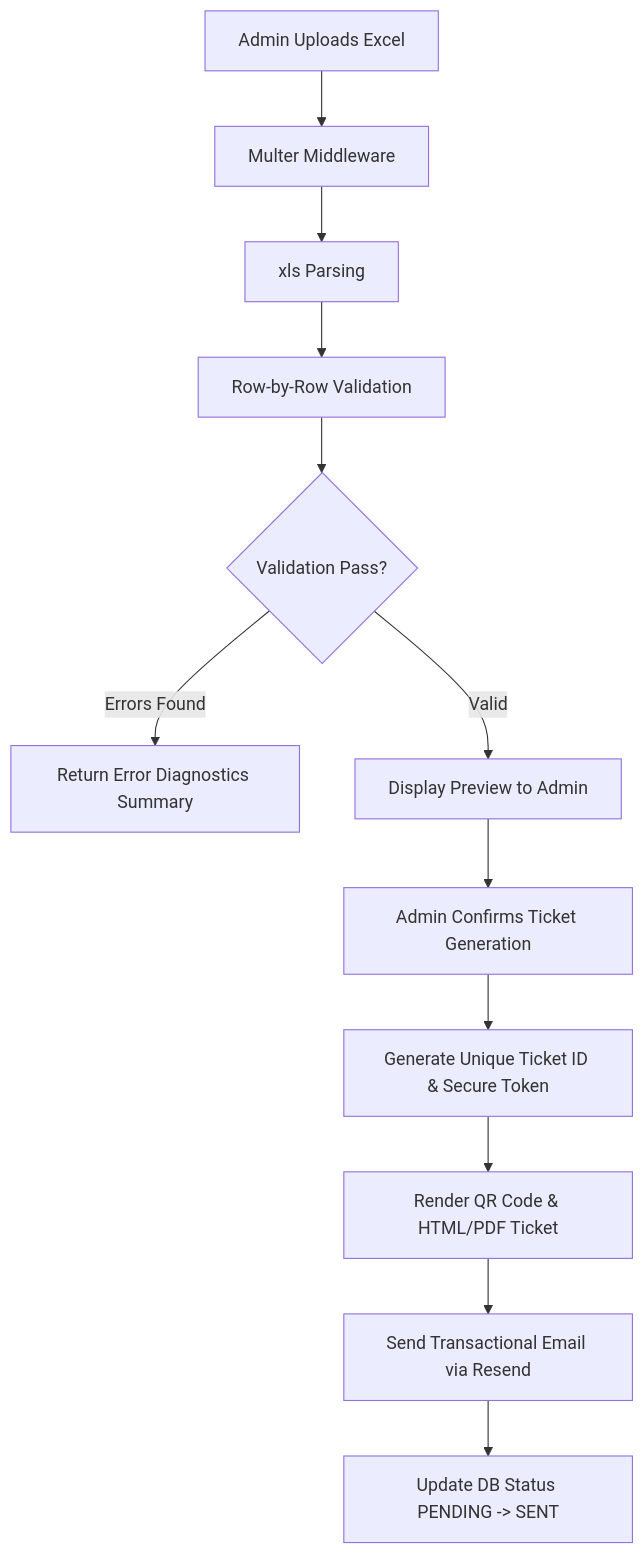
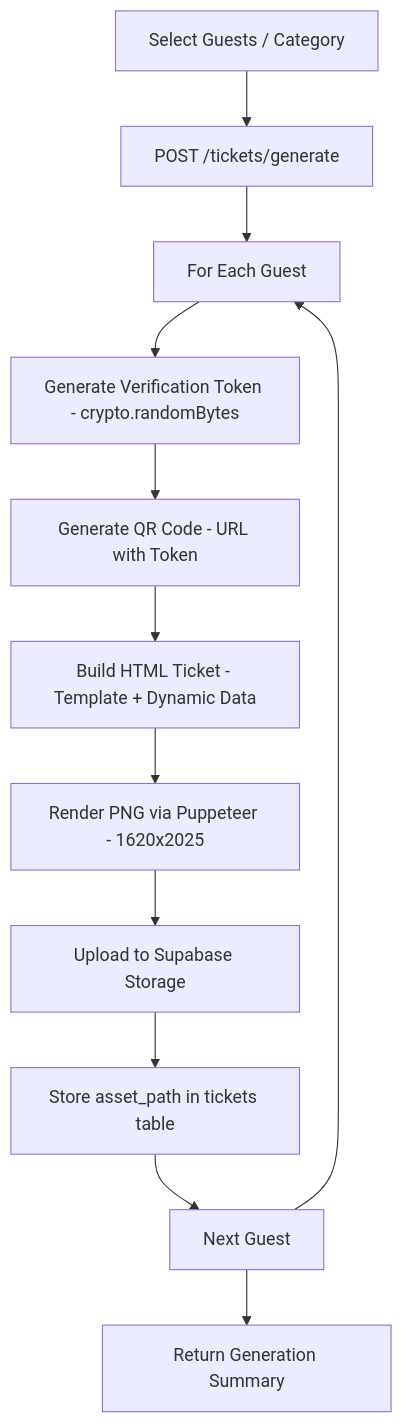
Before and after one commit to praveen00198/ticketification: the fourth of 6 diagrams in docs/data-flow.md, drawn with Mermaid. The commit also changed other lines of this file and 88 other files, not shown here.

Commit message:
feat: implement full-stack ticketing system with database schema, authentication, guest management, and event dashboard modules

````diff
--- a/docs/data-flow.md
+++ b/docs/data-flow.md
@@ -4,14 +46,14 @@
 ```mermaid
 flowchart TD
-    A[Admin Uploads Excel] --> B[Multer Middleware]
-    B --> C[xls Parsing]
-    C --> D[Row-by-Row Validation]
-    D --> E{Validation Pass?}
-    E -->|Errors Found| F[Return Error Diagnostics Summary]
-    E -->|Valid| G[Display Preview to Admin]
-    G --> H[Admin Confirms Ticket Generation]
-    H --> I[Generate Unique Ticket ID & Secure Token]
-    I --> J[Render QR Code & HTML/PDF Ticket]
-    J --> K[Send Transactional Email via Resend]
-    K --> L[Update DB Status PENDING -> SENT]
+    A[Select Guests / Category] --> B[POST /tickets/generate]
+    B --> C[For Each Guest]
+    C --> D[Generate Verification Token - crypto.randomBytes]
+    D --> E[Generate QR Code - URL with Token]
+    E --> F[Build HTML Ticket - Template + Dynamic Data]
+    F --> G[Render PNG via Puppeteer - 1620x2025]
+    G --> H[Upload to Supabase Storage]
+    H --> I[Store asset_path in tickets table]
+    I --> J[Next Guest]
+    J --> C
+    J --> K[Return Generation Summary]
 ```
````
